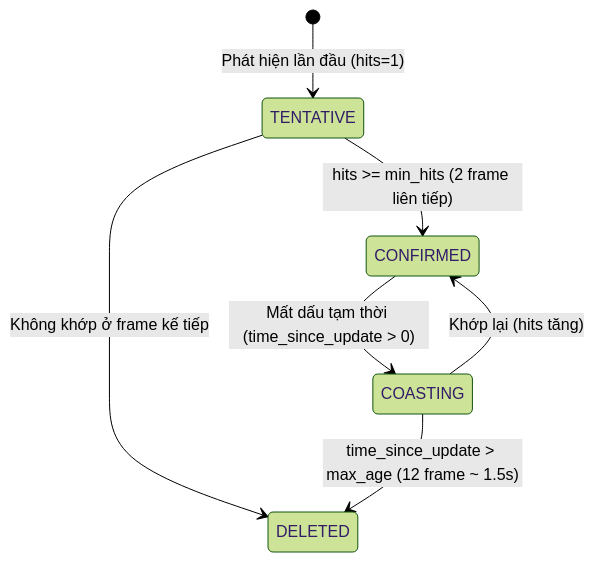
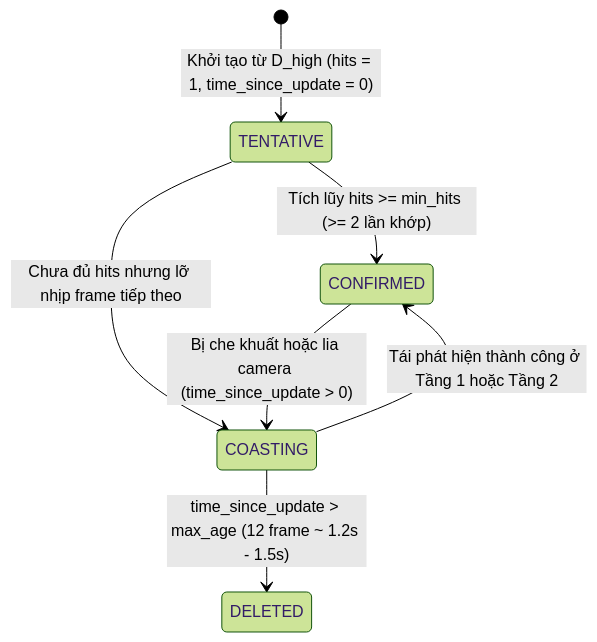
Before and after one commit to meowmeow-uwu/blind-navigation: the second of 2 diagrams in docs/bao_cao_chuyen_sau_tru_cot_2_3_4.md, drawn with Mermaid (forest theme). The commit also changed other lines of this file and 3 other files, not shown here.

````diff
--- a/docs/bao_cao_chuyen_sau_tru_cot_2_3_4.md
+++ b/docs/bao_cao_chuyen_sau_tru_cot_2_3_4.md
@@ -324,9 +329,9 @@
 ```mermaid
 stateDiagram-v2
-    [*] --> TENTATIVE: Phát hiện lần đầu (hits=1)
-    TENTATIVE --> CONFIRMED: hits >= min_hits (2 frame liên tiếp)
-    TENTATIVE --> DELETED: Không khớp ở frame kế tiếp
-    CONFIRMED --> COASTING: Mất dấu tạm thời (time_since_update > 0)
-    COASTING --> CONFIRMED: Khớp lại (hits tăng)
-    COASTING --> DELETED: time_since_update > max_age (12 frame ~ 1.5s)
+    [*] --> TENTATIVE: Khởi tạo từ D_high (hits = 1, time_since_update = 0)
+    TENTATIVE --> CONFIRMED: Tích lũy hits >= min_hits (>= 2 lần khớp)
+    TENTATIVE --> COASTING: Chưa đủ hits nhưng lỡ nhịp frame tiếp theo
+    CONFIRMED --> COASTING: Bị che khuất hoặc lia camera (time_since_update > 0)
+    COASTING --> CONFIRMED: Tái phát hiện thành công ở Tầng 1 hoặc Tầng 2
+    COASTING --> DELETED: time_since_update > max_age (12 frame ~ 1.2s - 1.5s)
 ```
````
